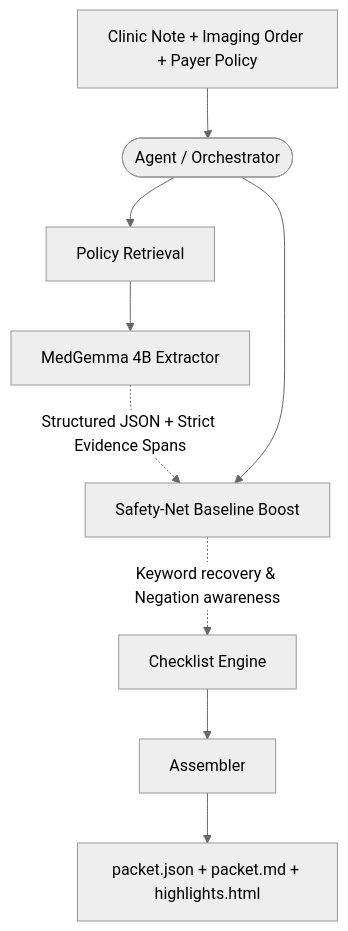
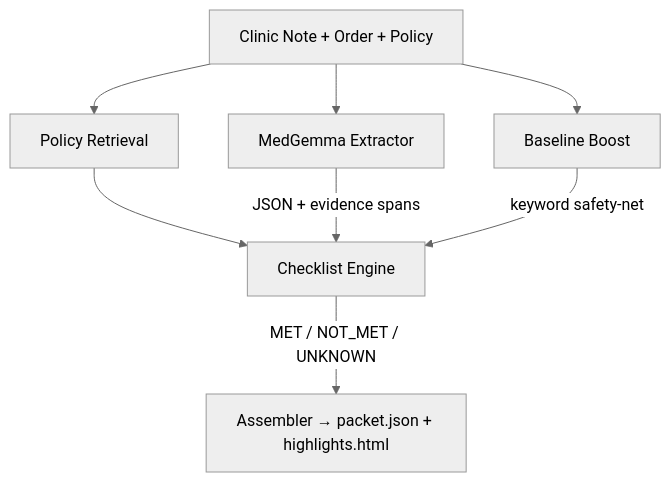
Before and after one commit to gryphon2411/pa-trace-starter: the diagram in docs/slides/2-architecture.md, drawn with Mermaid (neutral theme). The commit also changed other lines of this file and 5 other files, not shown here.

````diff
--- a/docs/slides/2-architecture.md
+++ b/docs/slides/2-architecture.md
@@ -7,11 +5,10 @@
 ```mermaid
 graph TD
-    A[Clinic Note + Imaging Order + Payer Policy] --> B([Agent / Orchestrator])
-    B --> C[Policy Retrieval]
-    C --> D[MedGemma 4B Extractor]
-    D -.->|Structured JSON + Strict Evidence Spans| E
-    B --> E[Safety-Net Baseline Boost]
-    E -.->|Keyword recovery & Negation awareness| F
-    F[Checklist Engine] --> G[Assembler]
-    G --> H[packet.json + packet.md + highlights.html]
+    A["Clinic Note + Order + Policy"] --> B["Policy Retrieval"]
+    A --> C["MedGemma Extractor"]
+    A --> D["Baseline Boost"]
+    B --> E["Checklist Engine"]
+    C -->|"JSON + evidence spans"| E
+    D -->|"keyword safety-net"| E
+    E -->|"MET / NOT_MET / UNKNOWN"| F["Assembler → packet.json + highlights.html"]
 ```
````
